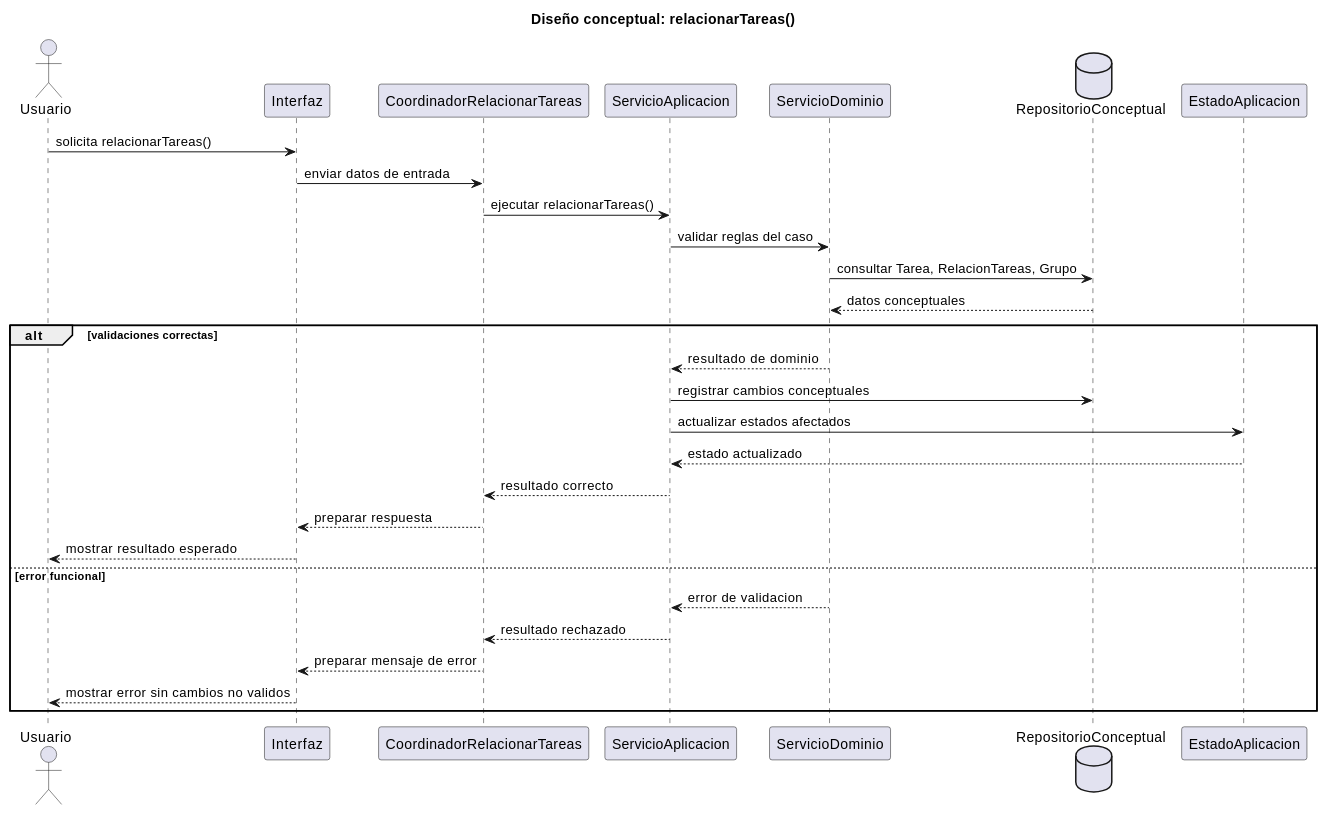
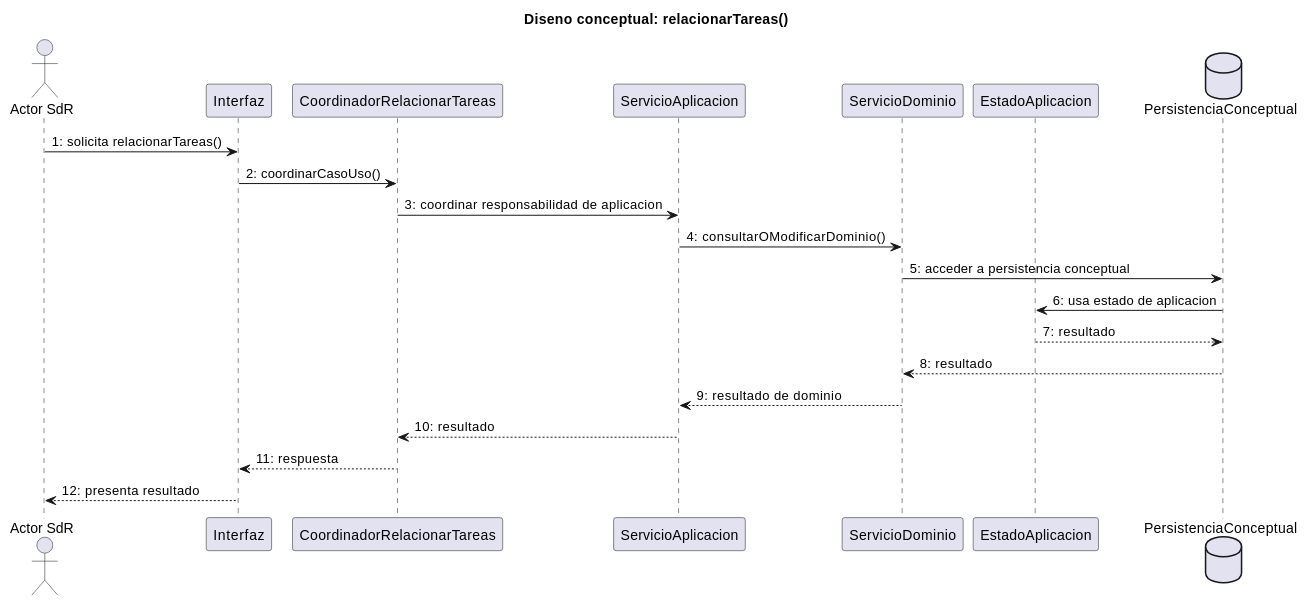
Before and after one commit to inigovaqueroo04/25-26-idsw2-sdVC: the diagram in documents/RUP/02-diseño/casos-uso/gestion-tareas/relacionarTareas/README.md, drawn with PlantUML. The commit also changed other lines of this file and 24 other files, not shown here.

Commit message:
docs: validar trazabilidad integral de diseno

````diff
--- a/documents/RUP/02-diseño/casos-uso/gestion-tareas/relacionarTareas/README.md
+++ b/documents/RUP/02-diseño/casos-uso/gestion-tareas/relacionarTareas/README.md
@@ -87,36 +85,27 @@
 ```plantuml
 @startuml relacionarTareas-diseno-secuencia
-title Diseño conceptual: relacionarTareas()
+title Diseno conceptual: relacionarTareas()
 
-actor "Usuario" as Usuario
+actor "Actor SdR" as Actor
 participant "Interfaz" as Interfaz
 participant "CoordinadorRelacionarTareas" as Coordinador
 participant "ServicioAplicacion" as ServicioAplicacion
 participant "ServicioDominio" as ServicioDominio
-database "RepositorioConceptual" as Repositorio
 participant "EstadoAplicacion" as EstadoAplicacion
+database "PersistenciaConceptual" as Persistencia
 
-Usuario -> Interfaz : solicita relacionarTareas()
-Interfaz -> Coordinador : enviar datos de entrada
-Coordinador -> ServicioAplicacion : ejecutar relacionarTareas()
-ServicioAplicacion -> ServicioDominio : validar reglas del caso
-ServicioDominio -> Repositorio : consultar Tarea, RelacionTareas, Grupo
-Repositorio --> ServicioDominio : datos conceptuales
-
-alt validaciones correctas
-  ServicioDominio --> ServicioAplicacion : resultado de dominio
-  ServicioAplicacion -> Repositorio : registrar cambios conceptuales
-  ServicioAplicacion -> EstadoAplicacion : actualizar estados afectados
-  EstadoAplicacion --> ServicioAplicacion : estado actualizado
-  ServicioAplicacion --> Coordinador : resultado correcto
-  Coordinador --> Interfaz : preparar respuesta
-  Interfaz --> Usuario : mostrar resultado esperado
-else error funcional
-  ServicioDominio --> ServicioAplicacion : error de validacion
-  ServicioAplicacion --> Coordinador : resultado rechazado
-  Coordinador --> Interfaz : preparar mensaje de error
-  Interfaz --> Usuario : mostrar error sin cambios no validos
-end
+Actor -> Interfaz : 1: solicita relacionarTareas()
+Interfaz -> Coordinador : 2: coordinarCasoUso()
+Coordinador -> ServicioAplicacion : 3: coordinar responsabilidad de aplicacion
+ServicioAplicacion -> ServicioDominio : 4: consultarOModificarDominio()
+ServicioDominio -> Persistencia : 5: acceder a persistencia conceptual
+Persistencia -> EstadoAplicacion : 6: usa estado de aplicacion
+EstadoAplicacion --> Persistencia : 7: resultado
+Persistencia --> ServicioDominio : 8: resultado
+ServicioDominio --> ServicioAplicacion : 9: resultado de dominio
+ServicioAplicacion --> Coordinador : 10: resultado
+Coordinador --> Interfaz : 11: respuesta
+Interfaz --> Actor : 12: presenta resultado
 
 @enduml
 ```
````
